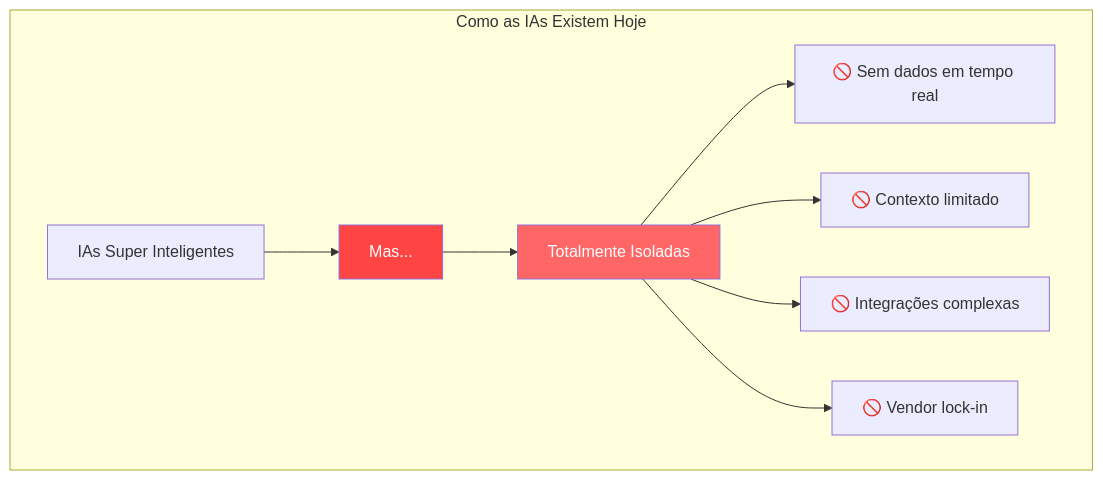
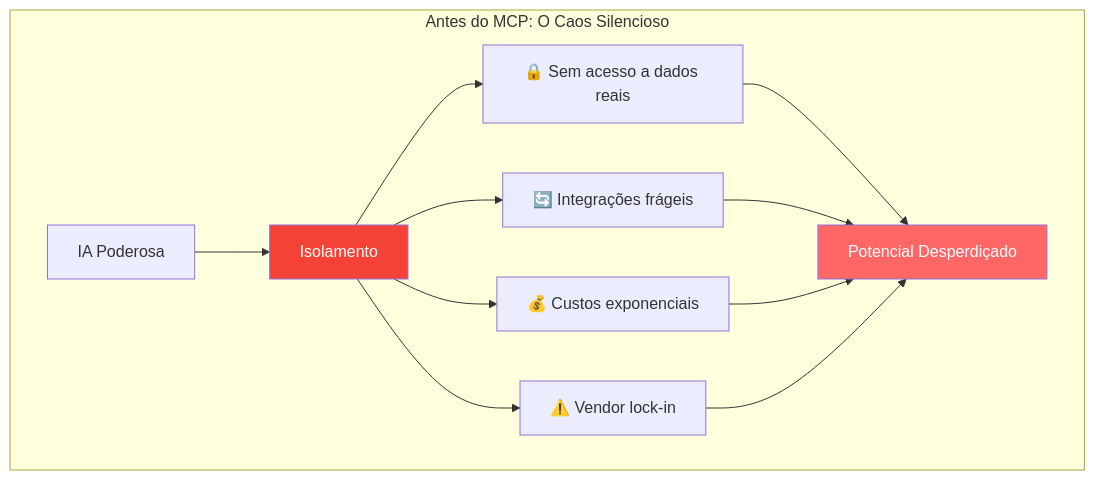
One commit to felipepimentel/my-public-notes changed the second of 39 diagrams in AI/Comunicação/MCP/00-mcp-presentation-zero to hero.md. Above: the diagram before and after it, drawn with Mermaid. The commit also changed other lines of this file, not shown here.

````diff
--- a/AI/Comunicação/MCP/00-mcp-presentation-zero to hero.md
+++ b/AI/Comunicação/MCP/00-mcp-presentation-zero to hero.md
@@ -9,17 +29,15 @@
 ```mermaid
 graph TD
-    subgraph "Como as IAs Existem Hoje"
-        IAs[IAs Super Inteligentes] 
-        BUT[Mas...] 
-        ISO[Totalmente Isoladas]
-        IAs --> BUT --> ISO
+    subgraph "Antes do MCP: O Caos Silencioso"
+        AI[IA Poderosa] --> ISO[Isolamento]
+        ISO --> P1[🔒 Sem acesso a dados reais]
+        ISO --> P2[🔄 Integrações frágeis]
+        ISO --> P3[💰 Custos exponenciais]
+        ISO --> P4[⚠️ Vendor lock-in]
         
-        ISO --> PROB1[🚫 Sem dados em tempo real]
-        ISO --> PROB2[🚫 Contexto limitado]
-        ISO --> PROB3[🚫 Integrações complexas]
-        ISO --> PROB4[🚫 Vendor lock-in]
+        P1 & P2 & P3 & P4 --> RESULT[Potencial Desperdiçado]
     end
     
-    style BUT fill:#ff4444,color:#fff
-    style ISO fill:#ff6666,color:#fff
+    style ISO fill:#f44336,color:#fff
+    style RESULT fill:#ff6666,color:#fff
 ```
````
